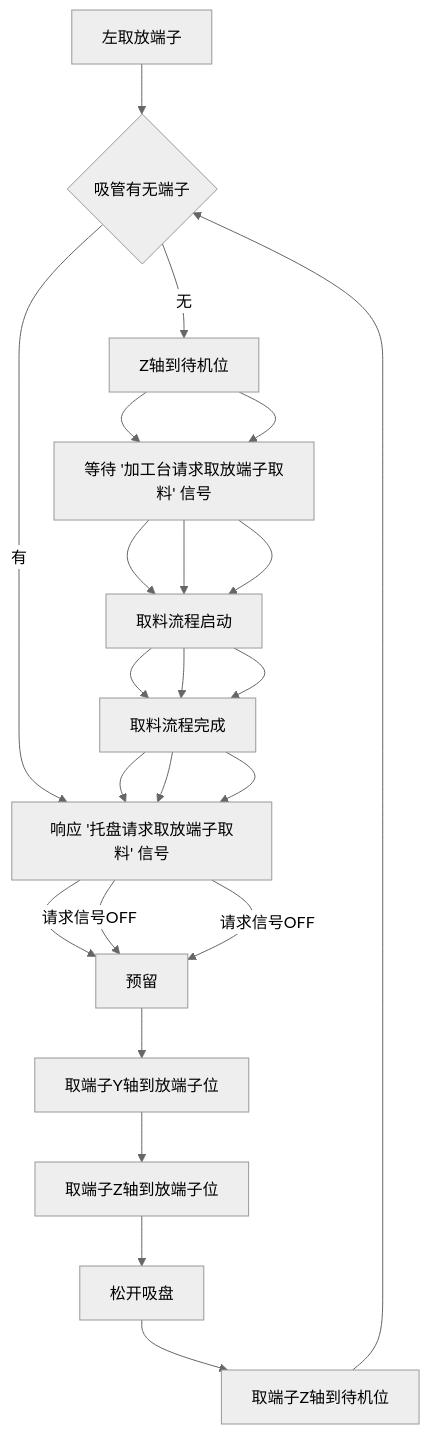
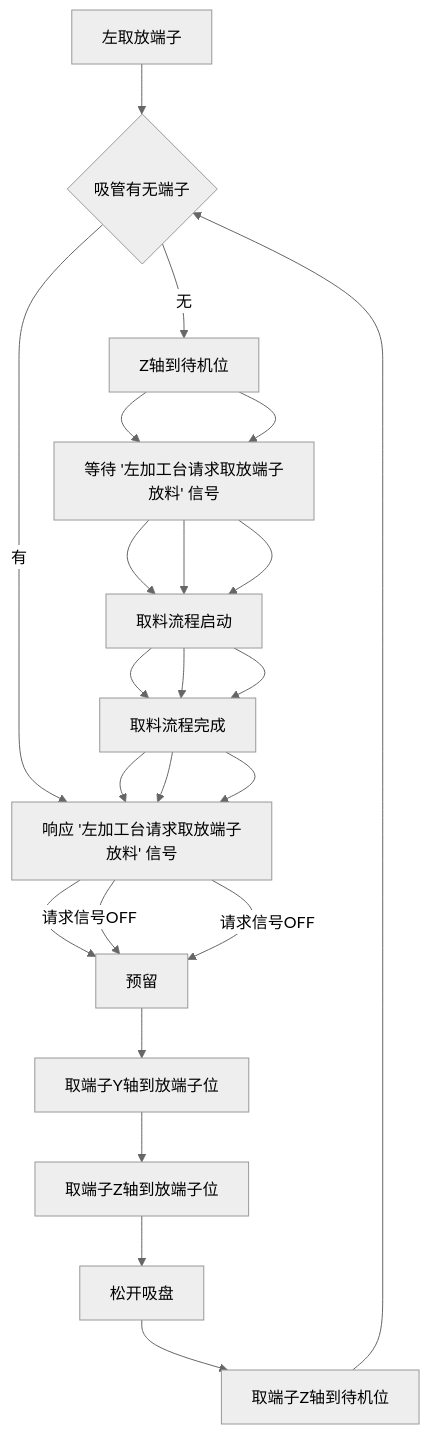
The diagram in all/VR-OP90左取放端子.md (zmq000/iodraw-files), drawn with Mermaid (neutral theme) before and after one commit.

Commit message:
2026-06-18 11:30:42 update

````diff
--- a/all/VR-OP90左取放端子.md
+++ b/all/VR-OP90左取放端子.md
@@ -1,26 +1,26 @@
 ```mermaid
 graph TD
 0[左取放端子]-->10
 10{吸管有无端子}-->|有|60
 10-->|无|20
 20[取端子Y轴到取端子位]-->30
 30[托盘X轴到取端子位]-->40
 40[取端子Z轴到取端子位]-->50
 50[启动吸盘]-->60
 60[取端子Z轴到待机位]-->70
 70[预留]-->80
 80[取端子Y轴到放端子位]-->90
 90[取端子Z轴到放端子位]-->100
 100[松开吸盘]-->110
 110[取端子Z轴到待机位]-->10
 
 20[Z轴到待机位]-->30
 30[等待 '托盘请求取放端子取料' 信号]-->40
 40[取料流程启动]-->50
 50[取料流程完成]-->60
 60[响应 '托盘请求取放端子取料' 信号]-->|请求信号OFF|70
-30[等待 '加工台请求取放端子取料' 信号]-->40
+30[等待 '左加工台请求取放端子放料' 信号]-->40
 40[取料流程启动]-->50
 50[取料流程完成]-->60
-60[响应 '托盘请求取放端子取料' 信号]-->|请求信号OFF|70
+60[响应 '左加工台请求取放端子放料' 信号]-->|请求信号OFF|70
 ```
````
